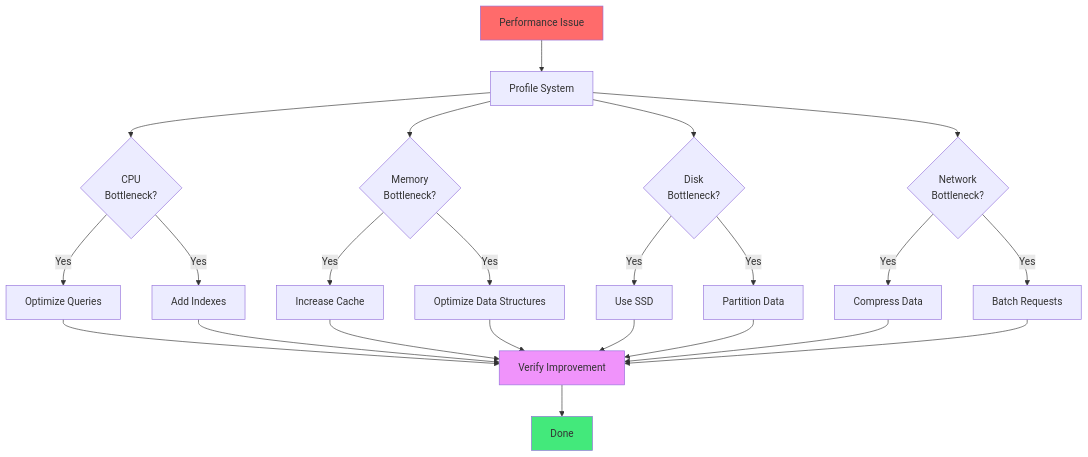
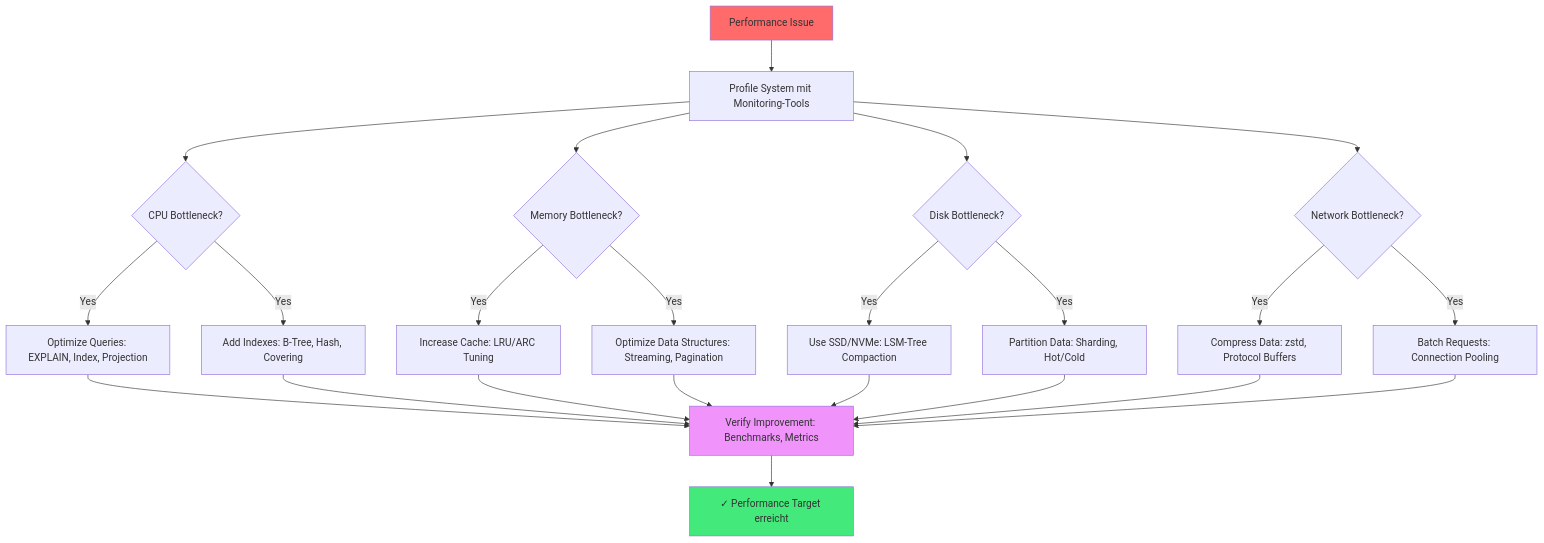
One commit to makr-code/ThemisDB changed the first of 2 diagrams in compendium/docs/chapter_39_performance_tuning_cookbook.md. Above: the diagram before and after it, drawn with Mermaid. The commit also changed other lines of this file and 26 other files, not shown here.

````diff
--- a/compendium/docs/chapter_39_performance_tuning_cookbook.md
+++ b/compendium/docs/chapter_39_performance_tuning_cookbook.md
@@ -21,36 +23,36 @@
 ```mermaid
 flowchart TD
-    Start[Performance Issue] --> Profile[Profile System]
+    Start[Performance Issue] --> Profile[Profile System mit Monitoring-Tools]
     
-    Profile --> CPU{CPU<br/>Bottleneck?}
-    Profile --> Memory{Memory<br/>Bottleneck?}
-    Profile --> Disk{Disk<br/>Bottleneck?}
-    Profile --> Network{Network<br/>Bottleneck?}
+    Profile --> CPU{CPU Bottleneck?}
+    Profile --> Memory{Memory Bottleneck?}
+    Profile --> Disk{Disk Bottleneck?}
+    Profile --> Network{Network Bottleneck?}
     
-    CPU -->|Yes| OptQuery[Optimize Queries]
-    CPU -->|Yes| AddIndex[Add Indexes]
+    CPU -->|Yes| OptQuery[Optimize Queries: EXPLAIN, Index, Projection]
+    CPU -->|Yes| AddIndex[Add Indexes: B-Tree, Hash, Covering]
     
-    Memory -->|Yes| IncCache[Increase Cache]
-    Memory -->|Yes| OptDataStruct[Optimize Data Structures]
+    Memory -->|Yes| IncCache[Increase Cache: LRU/ARC Tuning]
+    Memory -->|Yes| OptDataStruct[Optimize Data Structures: Streaming, Pagination]
     
-    Disk -->|Yes| SSD[Use SSD]
-    Disk -->|Yes| Partition[Partition Data]
+    Disk -->|Yes| SSD[Use SSD/NVMe: LSM-Tree Compaction]
+    Disk -->|Yes| Partition[Partition Data: Sharding, Hot/Cold]
     
-    Network -->|Yes| CompData[Compress Data]
-    Network -->|Yes| BatchReq[Batch Requests]
+    Network -->|Yes| CompData[Compress Data: zstd, Protocol Buffers]
+    Network -->|Yes| BatchReq[Batch Requests: Connection Pooling]
     
-    OptQuery --> Verify[Verify Improvement]
+    OptQuery --> Verify[Verify Improvement: Benchmarks, Metrics]
     AddIndex --> Verify
     IncCache --> Verify
     OptDataStruct --> Verify
     SSD --> Verify
     Partition --> Verify
     CompData --> Verify
     BatchReq --> Verify
     
-    Verify --> Done[Done]
+    Verify --> Done[✓ Performance Target erreicht]
     
     style Start fill:#ff6b6b
     style Verify fill:#f093fb
     style Done fill:#43e97b
 ```
````
